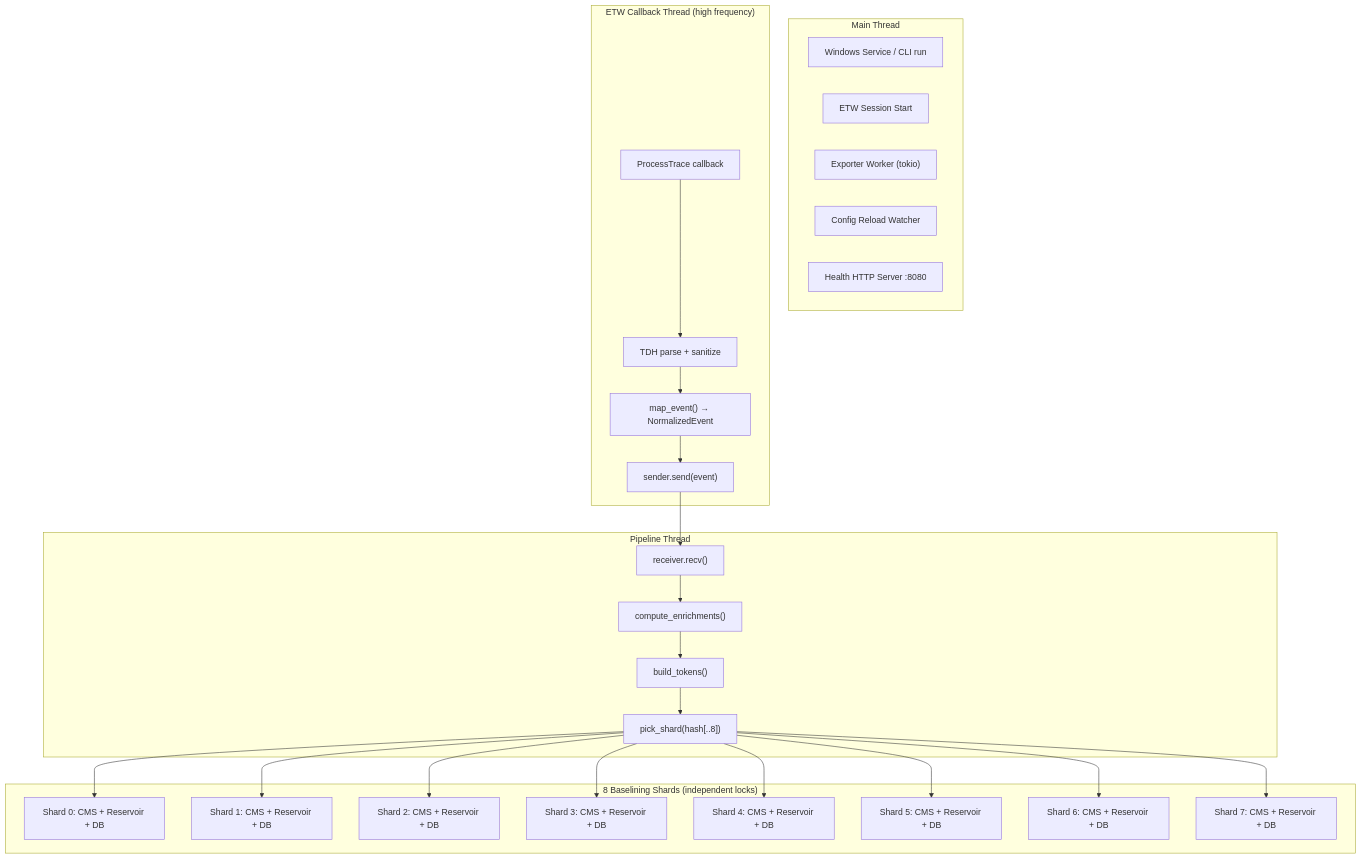
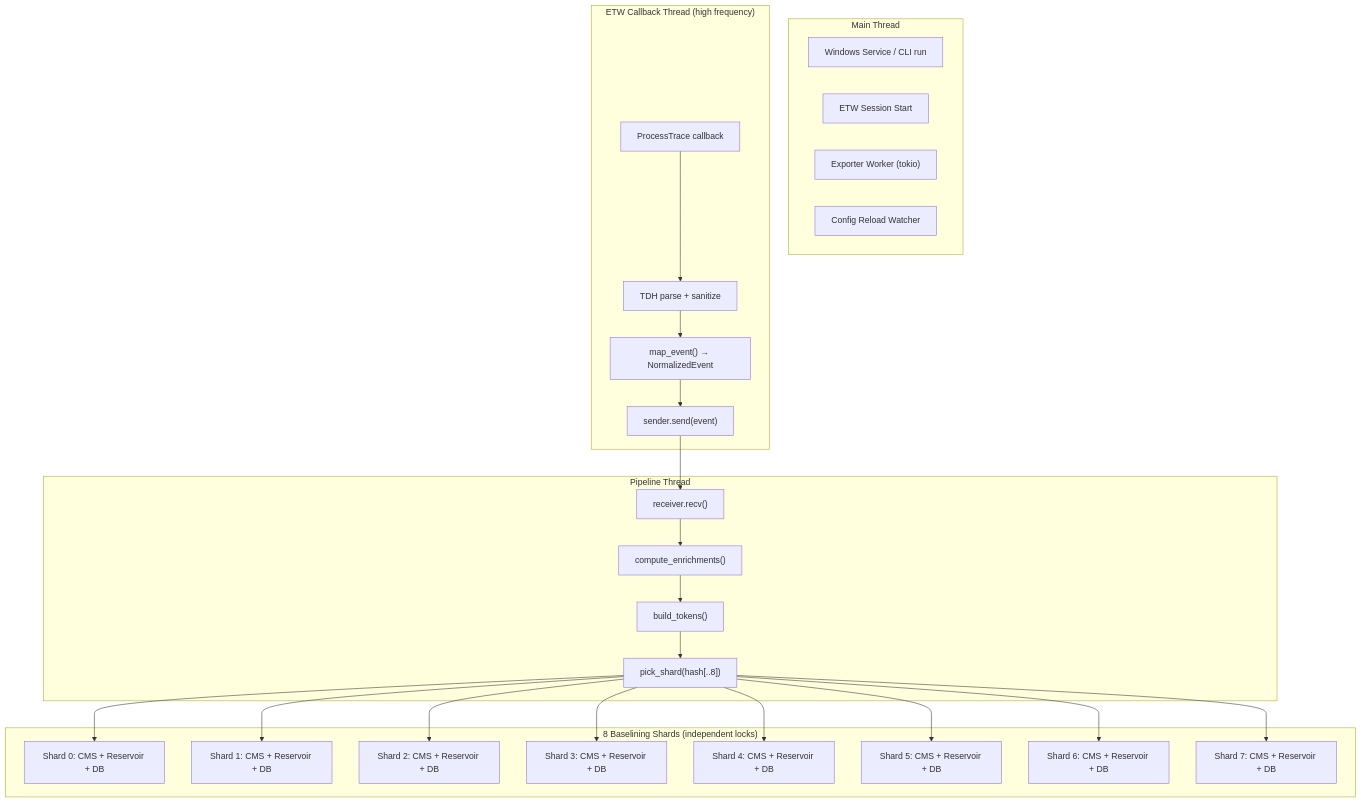
The seventh of 10 diagrams in LongHorizons/ARCHITECTURE.md (LongHorizons/WindOH), drawn with Mermaid before and after one commit. The commit also changed other lines of this file and 7 other files, not shown here.

````diff
--- a/LongHorizons/ARCHITECTURE.md
+++ b/LongHorizons/ARCHITECTURE.md
@@ -310,46 +310,45 @@
 ```mermaid
 flowchart TB
     subgraph MainThread["Main Thread"]
         SVC["Windows Service / CLI run"]
         ETW["ETW Session Start"]
         EXP["Exporter Worker (tokio)"]
         CFG["Config Reload Watcher"]
-        HTTP["Health HTTP Server :8080"]
     end
 
     subgraph Callback["ETW Callback Thread (high frequency)"]
         CB["ProcessTrace callback"]
         TDH["TDH parse + sanitize"]
         MAP["map_event() → NormalizedEvent"]
         SEND["sender.send(event)"]
     end
 
     subgraph Pipeline["Pipeline Thread"]
         RECV["receiver.recv()"]
         ENRICH["compute_enrichments()"]
         TOK["build_tokens()"]
         SHARD["pick_shard(hash[..8])"]
     end
 
     subgraph Shards["8 Baselining Shards (independent locks)"]
         S0["Shard 0: CMS + Reservoir + DB"]
         S1["Shard 1: CMS + Reservoir + DB"]
         S2["Shard 2: CMS + Reservoir + DB"]
         S3["Shard 3: CMS + Reservoir + DB"]
         S4["Shard 4: CMS + Reservoir + DB"]
         S5["Shard 5: CMS + Reservoir + DB"]
         S6["Shard 6: CMS + Reservoir + DB"]
         S7["Shard 7: CMS + Reservoir + DB"]
     end
 
     CB --> TDH --> MAP --> SEND
     SEND --> RECV --> ENRICH --> TOK --> SHARD
     SHARD --> S0
     SHARD --> S1
     SHARD --> S2
     SHARD --> S3
     SHARD --> S4
     SHARD --> S5
     SHARD --> S6
     SHARD --> S7
 ```
````
